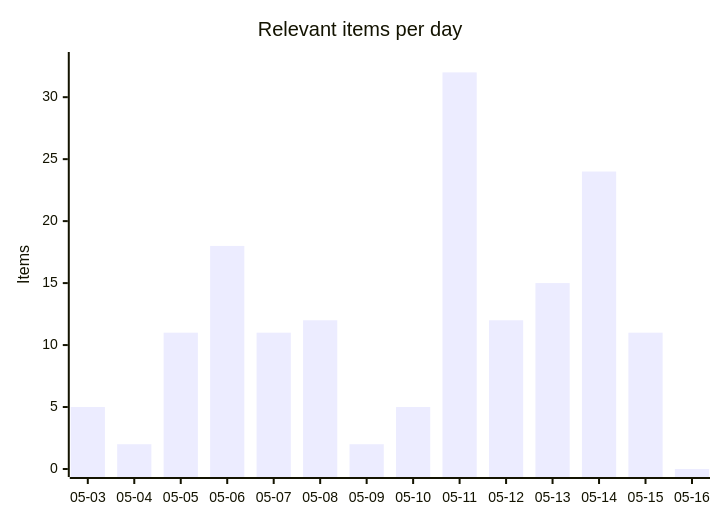
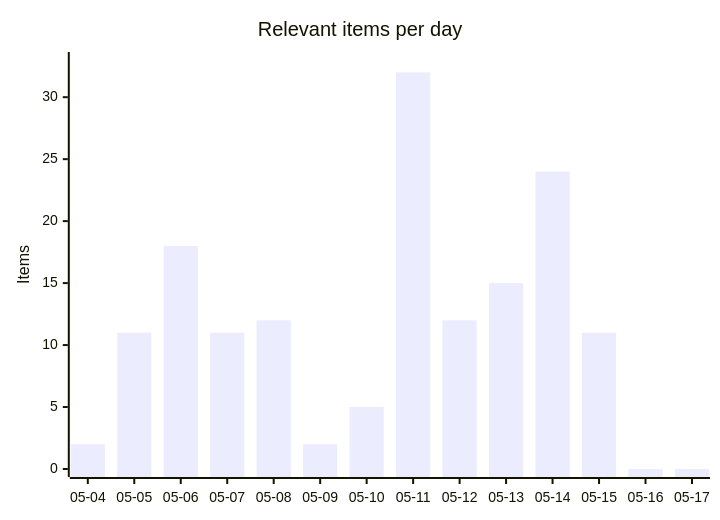
Before and after one commit to martinbalfanz/social-scanner-reports: the first of 4 diagrams in README.md, drawn with Mermaid. The commit also changed other lines of this file and 3 other files, not shown here.

````diff
--- a/README.md
+++ b/README.md
@@ -30,7 +30,7 @@
 ```mermaid
 xychart-beta
     title "Relevant items per day"
-    x-axis ["05-03", "05-04", "05-05", "05-06", "05-07", "05-08", "05-09", "05-10", "05-11", "05-12", "05-13", "05-14", "05-15", "05-16"]
+    x-axis ["05-04", "05-05", "05-06", "05-07", "05-08", "05-09", "05-10", "05-11", "05-12", "05-13", "05-14", "05-15", "05-16", "05-17"]
     y-axis "Items" 0 --> 33
-    bar [5, 2, 11, 18, 11, 12, 2, 5, 32, 12, 15, 24, 11, 0]
+    bar [2, 11, 18, 11, 12, 2, 5, 32, 12, 15, 24, 11, 0, 0]
 ```
````
